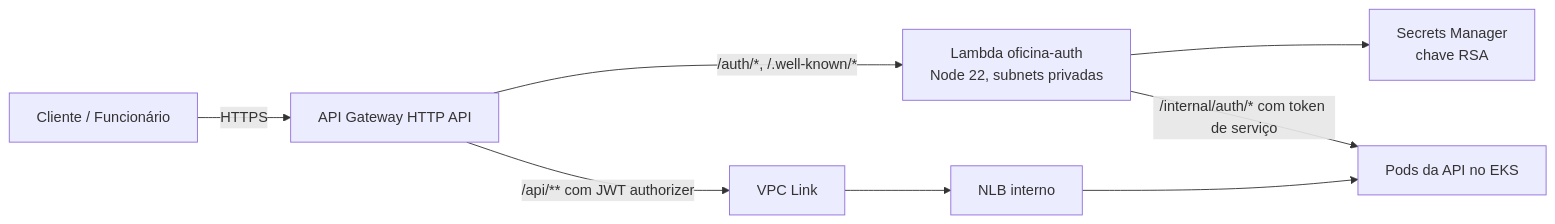
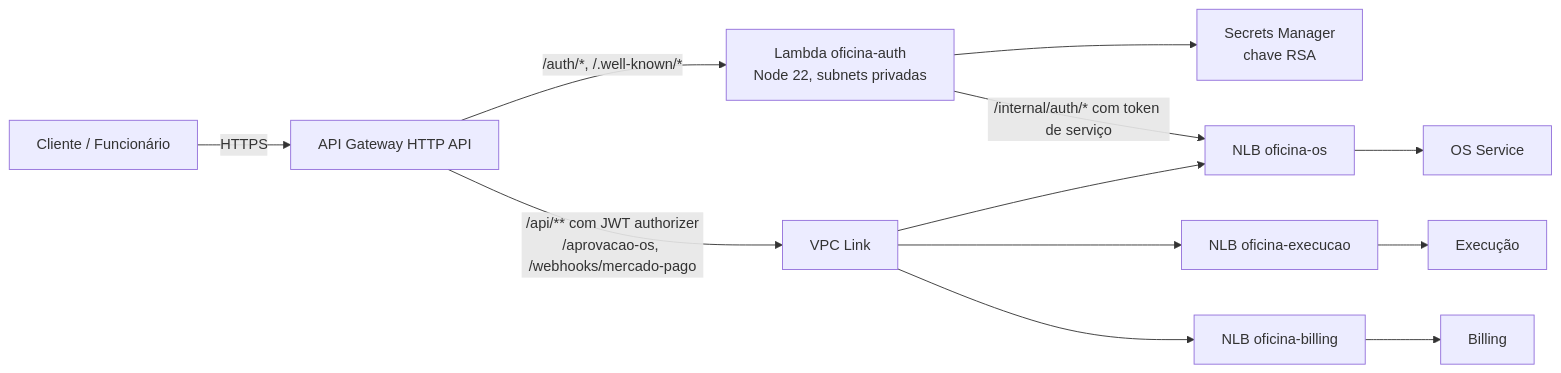
The diagram in README.md (KauaAlmeidaSilveira/fiap-15soat-oficina-lambda-auth), drawn with Mermaid before and after one commit. The commit also changed other lines of this file and 7 other files, not shown here.

Commit message:
feat: rotas do API Gateway por serviço e role própria da Lambda

````diff
--- a/README.md
+++ b/README.md
@@ -14,9 +16,11 @@
 ```mermaid
 flowchart LR
     U[Cliente / Funcionário] -->|HTTPS| GW[API Gateway HTTP API]
     GW -->|/auth/*, /.well-known/*| L[Lambda oficina-auth<br/>Node 22, subnets privadas]
-    GW -->|/api/** com JWT authorizer| VL[VPC Link]
-    VL --> NLB[NLB interno] --> API[Pods da API no EKS]
+    GW -->|/api/** com JWT authorizer<br/>/aprovacao-os, /webhooks/mercado-pago| VL[VPC Link]
+    VL --> NOS[NLB oficina-os] --> OS[OS Service]
+    VL --> NEX[NLB oficina-execucao] --> EX[Execução]
+    VL --> NBI[NLB oficina-billing] --> BI[Billing]
     L --> SM[Secrets Manager<br/>chave RSA]
-    L -->|/internal/auth/* com token de serviço| API
+    L -->|/internal/auth/* com token de serviço| NOS
 ```
````
